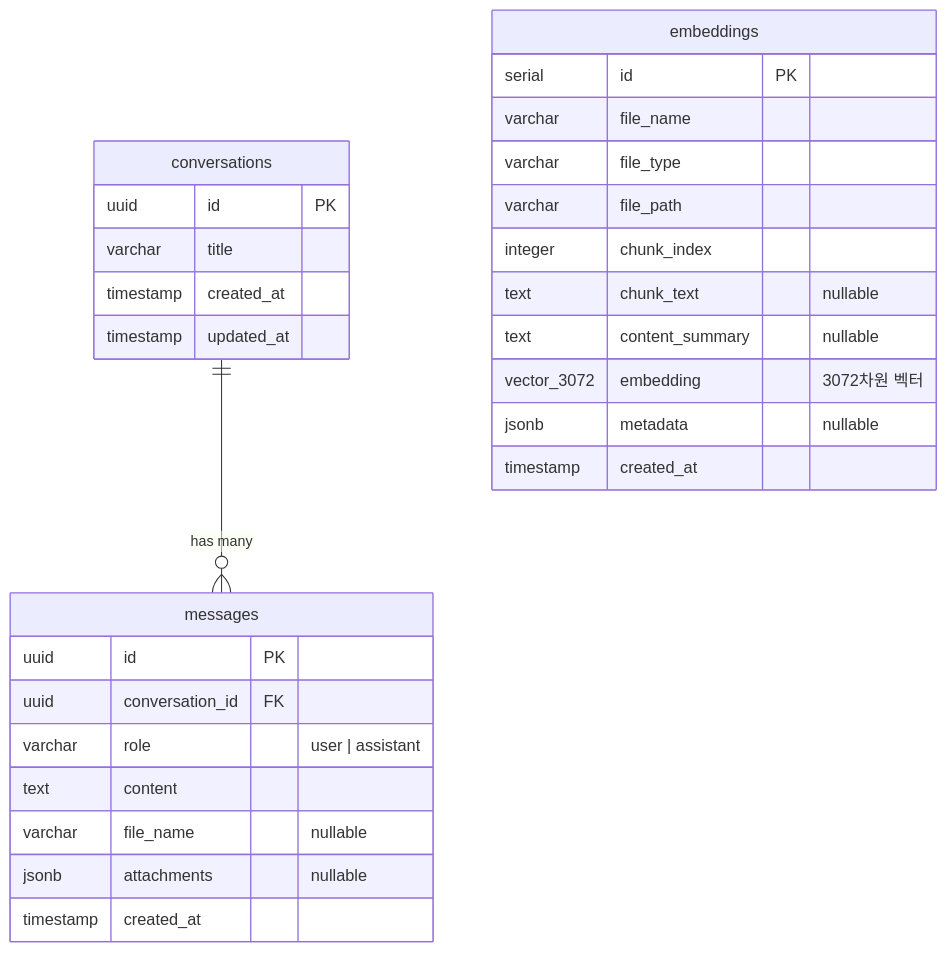
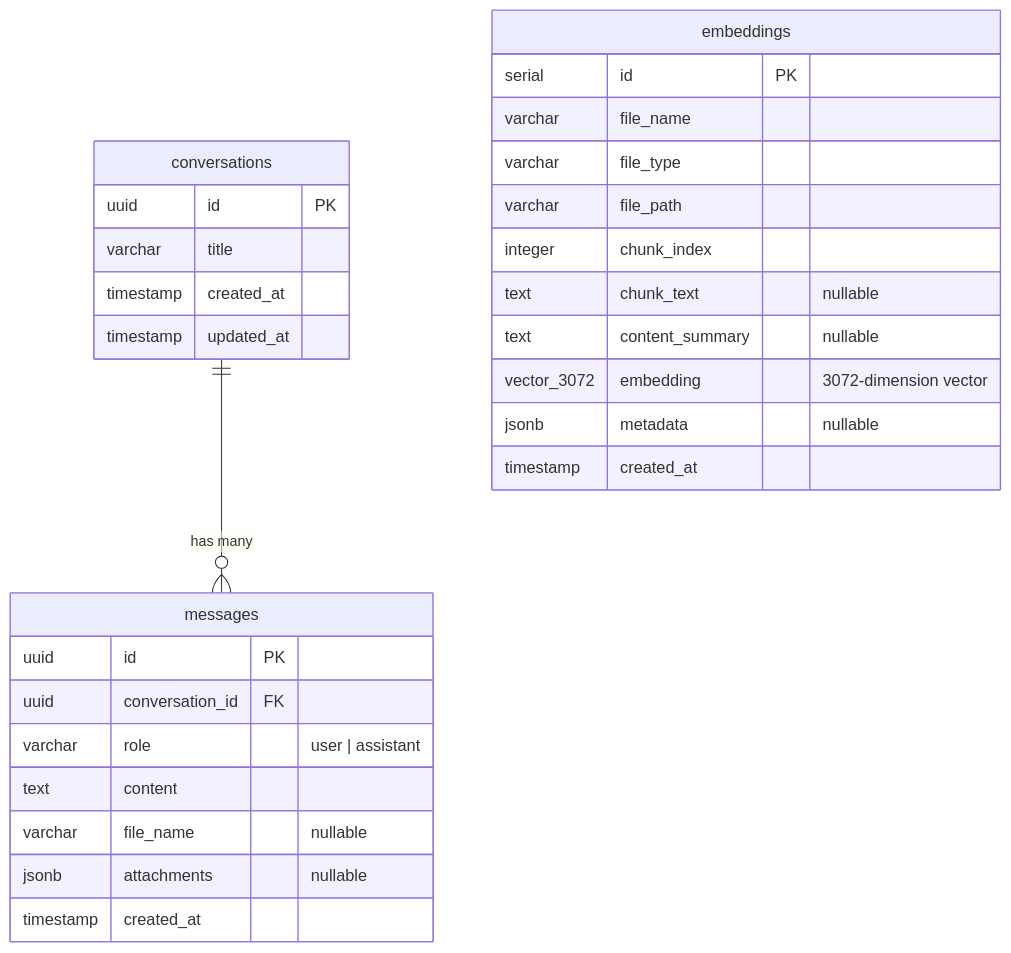
One commit to midasol/gemini-embedding-2 changed the sixth of 12 diagrams in docs/ko/ARCHITECTURE.md. Above: the diagram before and after it, drawn with Mermaid. The commit also changed other lines of this file and 17 other files, not shown here.

````diff
--- a/docs/ko/ARCHITECTURE.md
+++ b/docs/ko/ARCHITECTURE.md
@@ -265,34 +265,34 @@
 ```mermaid
 erDiagram
     conversations {
         uuid id PK
         varchar title
         timestamp created_at
         timestamp updated_at
     }
 
     messages {
         uuid id PK
         uuid conversation_id FK
         varchar role "user | assistant"
         text content
         varchar file_name "nullable"
         jsonb attachments "nullable"
         timestamp created_at
     }
 
     embeddings {
         serial id PK
         varchar file_name
         varchar file_type
         varchar file_path
         integer chunk_index
         text chunk_text "nullable"
         text content_summary "nullable"
-        vector_3072 embedding "3072차원 벡터"
+        vector_3072 embedding "3072-dimension vector"
         jsonb metadata "nullable"
         timestamp created_at
     }
 
     conversations ||--o{ messages : "has many"
 ```
````
